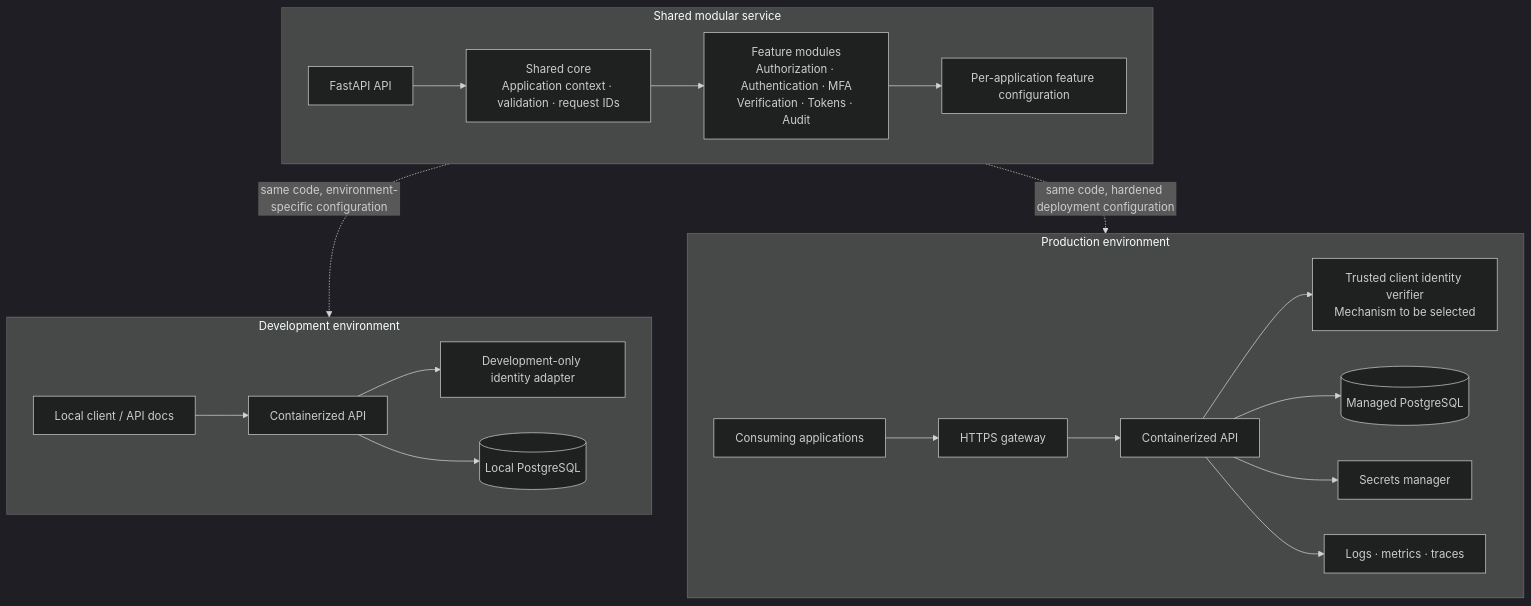
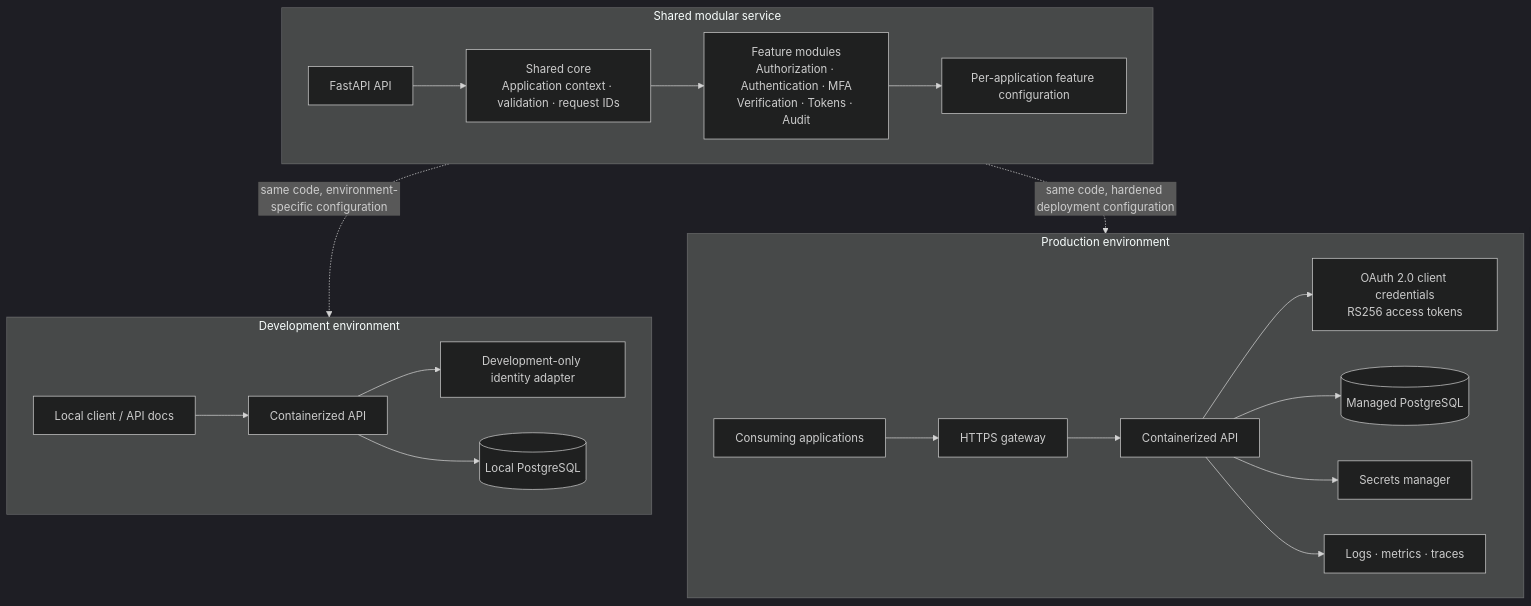
The diagram in README.md (alzandoo/alzando-authorization-service), drawn with Mermaid (dark theme) before and after one commit. The commit also changed other lines of this file and 8 other files, not shown here.

````diff
--- a/README.md
+++ b/README.md
@@ -9,39 +9,39 @@
 ```mermaid
 flowchart TB
     subgraph Shared[Shared modular service]
         API[FastAPI API]
         CORE[Shared core<br/>Application context · validation · request IDs]
         MODULES[Feature modules<br/>Authorization · Authentication · MFA<br/>Verification · Tokens · Audit]
         CONFIG[Per-application feature configuration]
         API --> CORE --> MODULES
         MODULES --> CONFIG
     end
 
     subgraph Development[Development environment]
         DCLIENT[Local client / API docs]
         DAPI[Containerized API]
         DDB[(Local PostgreSQL)]
         DIDENTITY[Development-only identity adapter]
         DCLIENT --> DAPI
         DAPI --> DIDENTITY
         DAPI --> DDB
     end
 
     subgraph Production[Production environment]
         PCLIENT[Consuming applications]
         GATEWAY[HTTPS gateway]
         PAPI[Containerized API]
         PDB[(Managed PostgreSQL)]
-        PIDENTITY[Trusted client identity verifier<br/>Mechanism to be selected]
+        PIDENTITY[OAuth 2.0 client credentials<br/>RS256 access tokens]
         SECRETS[Secrets manager]
         OBS[Logs · metrics · traces]
         PCLIENT --> GATEWAY --> PAPI
         PAPI --> PIDENTITY
         PAPI --> PDB
         PAPI --> SECRETS
         PAPI --> OBS
     end
 
     Shared -. same code, environment-specific configuration .-> Development
     Shared -. same code, hardened deployment configuration .-> Production
 ```
````
